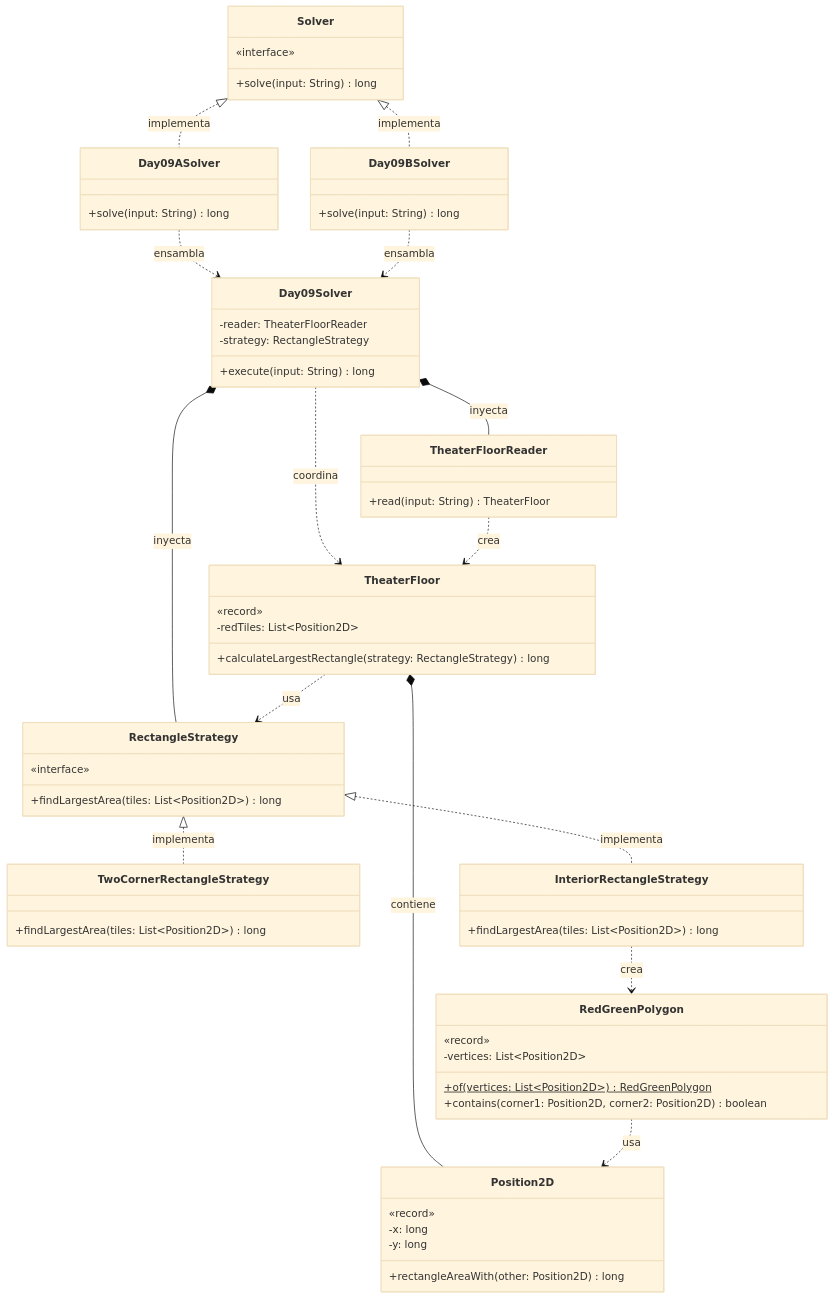
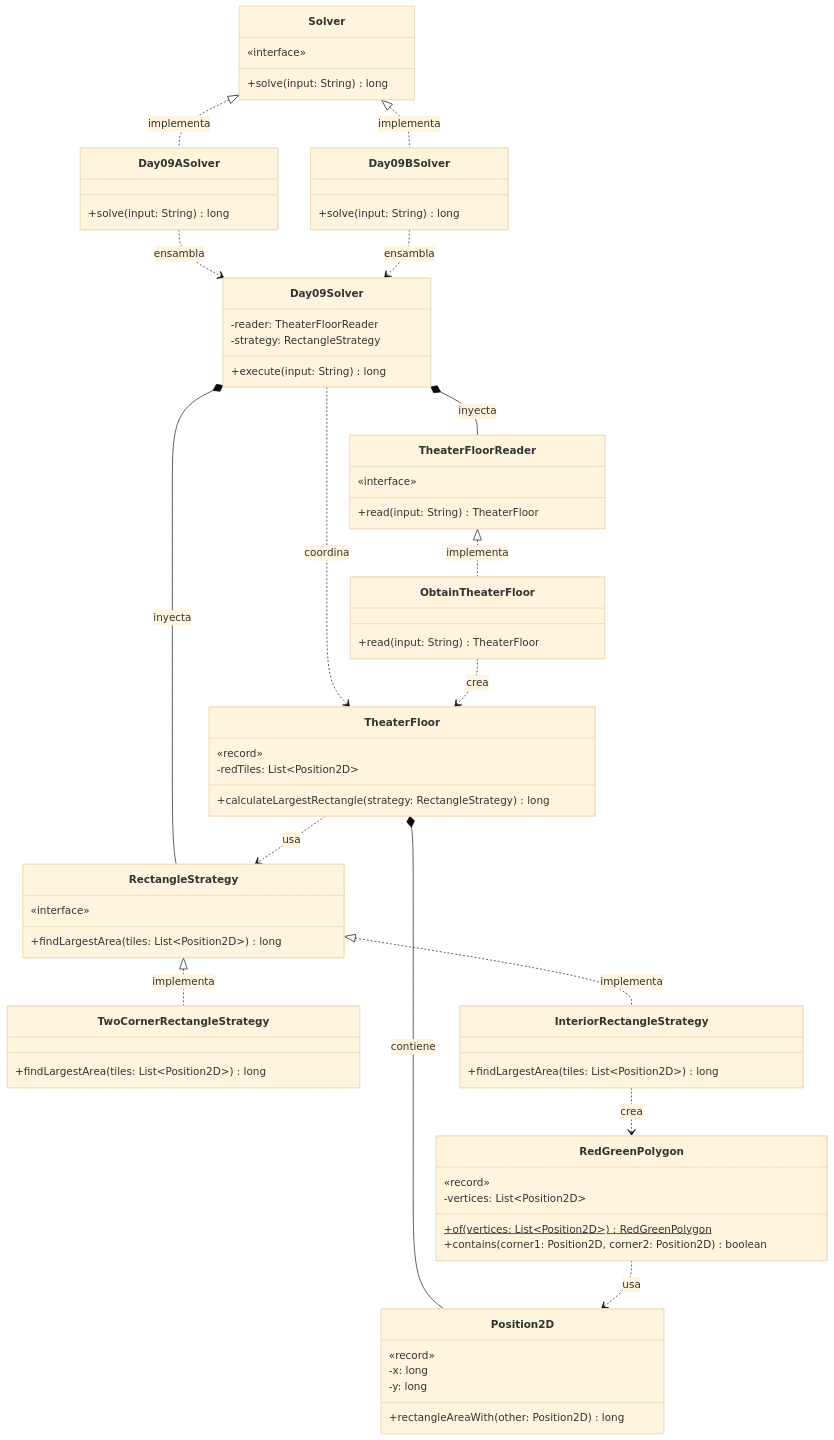
Before and after one commit to ivanperezdiaz829/AoC2025: the diagram in src/main/java/software/aoc/day09/README.md, drawn with Mermaid (base theme).

Commit message:
Update README.md with new class relationships

```diff
--- a/src/main/java/software/aoc/day09/README.md
+++ b/src/main/java/software/aoc/day09/README.md
@@ -91,6 +91,11 @@
   }
 
   class TheaterFloorReader {
+    «interface»
+    +read(input: String) TheaterFloor
+  }
+
+  class ObtainTheaterFloor {
     +read(input: String) TheaterFloor
   }
 
@@ -99,6 +104,7 @@
   Solver <|.. Day09BSolver : implementa
   RectangleStrategy <|.. TwoCornerRectangleStrategy : implementa
   RectangleStrategy <|.. InteriorRectangleStrategy : implementa
+  TheaterFloorReader <|.. ObtainTheaterFloor : implementa
 
 %% Relaciones de Ensamblaje e Inyección
   Day09ASolver ..> Day09Solver : ensambla
@@ -108,7 +114,7 @@
 
 %% Relaciones de Dominio
   Day09Solver ..> TheaterFloor : coordina
-  TheaterFloorReader ..> TheaterFloor : crea
+  ObtainTheaterFloor ..> TheaterFloor : crea
   TheaterFloor *-- Position2D : contiene
   TheaterFloor ..> RectangleStrategy : usa
   InteriorRectangleStrategy ..> RedGreenPolygon : crea
```
